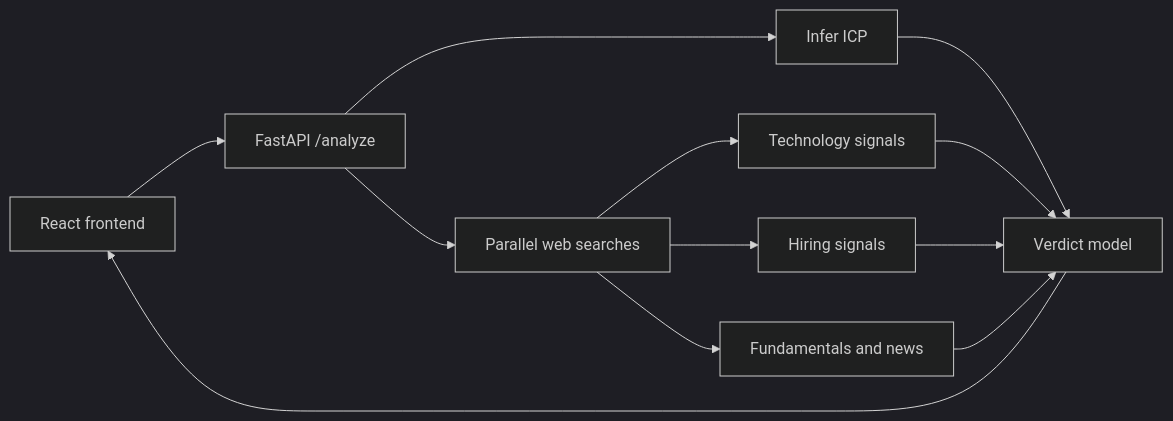
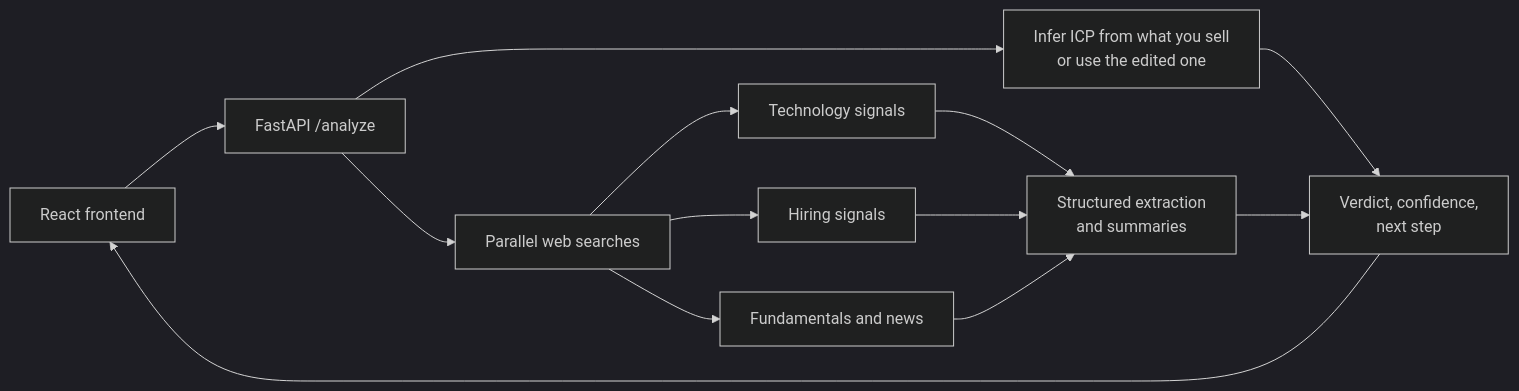
Before and after one commit to advaithvemurisai/gtm-sales-agent: the diagram in README.md, drawn with Mermaid (dark theme). The commit also changed other lines of this file and 17 other files, not shown here.

````diff
--- a/README.md
+++ b/README.md
@@ -7,14 +19,15 @@
 ```mermaid
 flowchart LR
 	UI[React frontend] --> API[FastAPI /analyze]
-	API --> ICP[Infer ICP]
+	API --> ICP[Infer ICP from what you sell<br/>or use the edited one]
 	API --> Sources[Parallel web searches]
 	Sources --> Tech[Technology signals]
 	Sources --> Hiring[Hiring signals]
 	Sources --> Company[Fundamentals and news]
-	ICP --> Verdict[Verdict model]
-	Tech --> Verdict
-	Hiring --> Verdict
-	Company --> Verdict
+	Tech --> Extract[Structured extraction<br/>and summaries]
+	Hiring --> Extract
+	Company --> Extract
+	ICP --> Verdict[Verdict, confidence,<br/>next step]
+	Extract --> Verdict
 	Verdict --> UI
 ```
````
